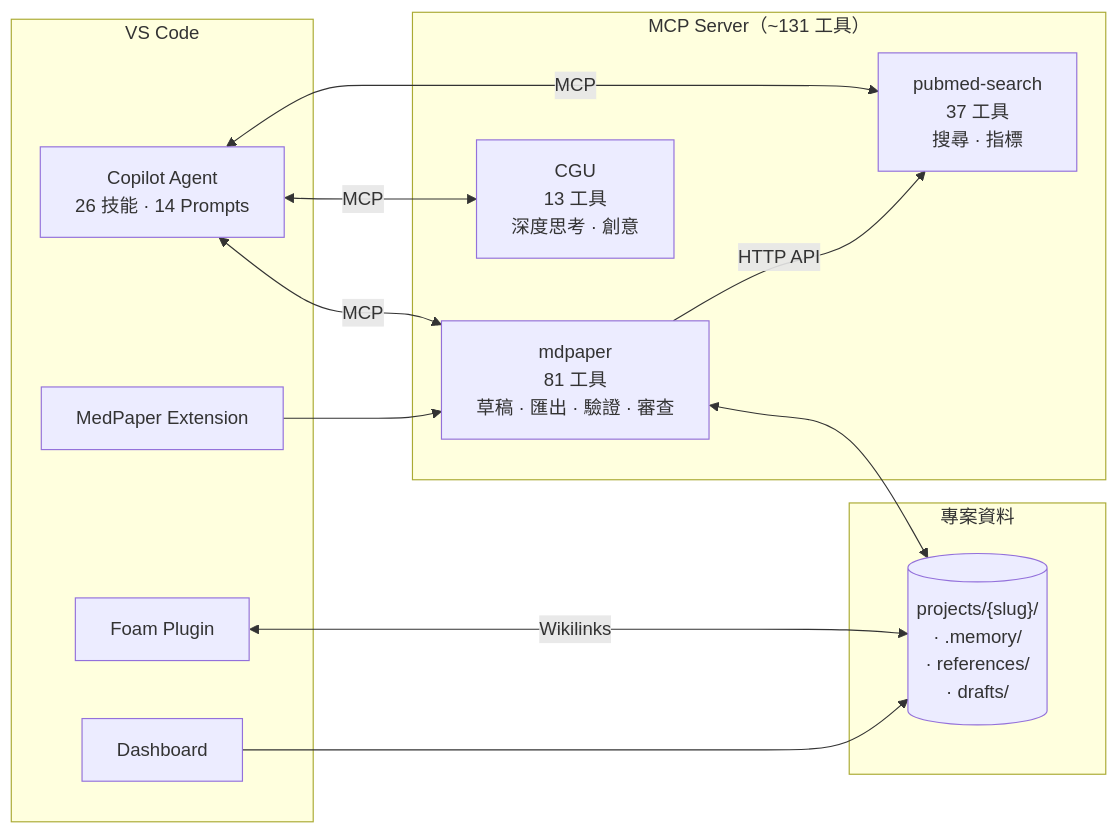
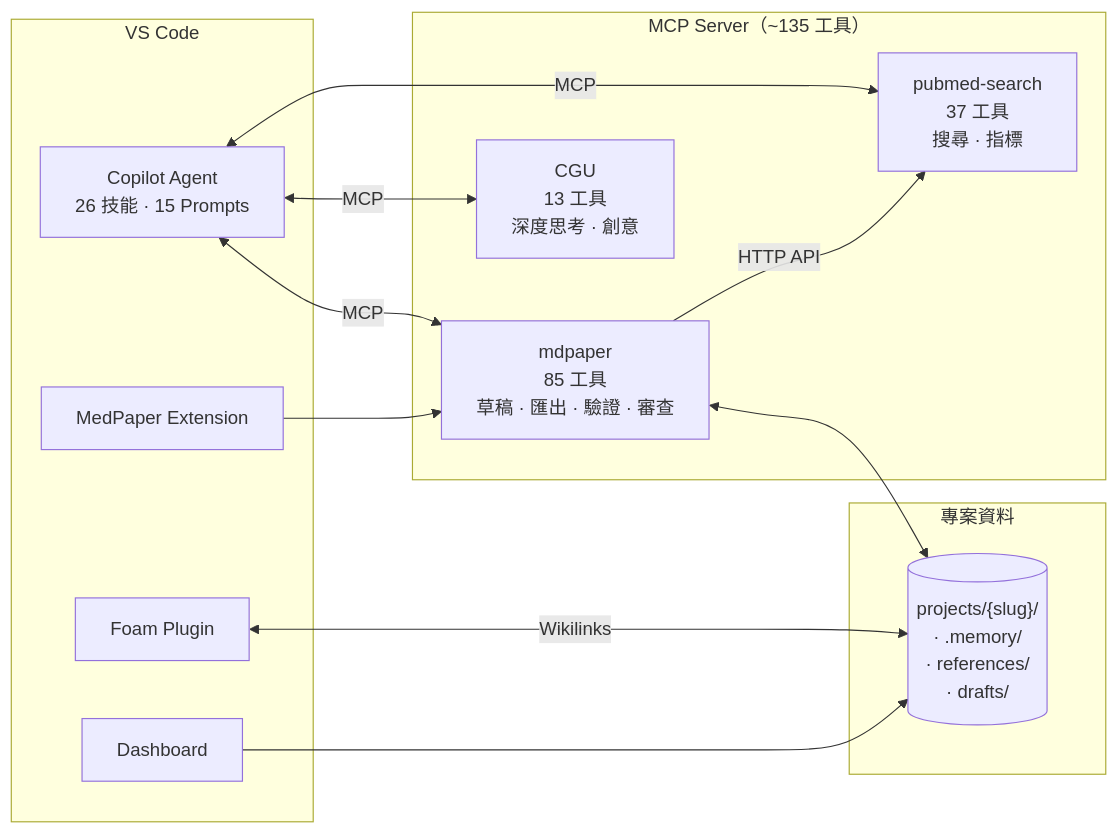
The diagram in README.zh-TW.md (u9401066/med-paper-assistant), drawn with Mermaid before and after one commit. The commit also changed other lines of this file and 6 other files, not shown here.

````diff
--- a/README.zh-TW.md
+++ b/README.zh-TW.md
@@ -43,28 +43,28 @@
 ```mermaid
 flowchart LR
     subgraph IDE["VS Code"]
-        Agent["Copilot Agent<br/>26 技能 · 14 Prompts"]
+        Agent["Copilot Agent<br/>26 技能 · 15 Prompts"]
         Foam[Foam Plugin]
         Ext[MedPaper Extension]
         Dash[Dashboard]
     end
 
-    subgraph MCP["MCP Server（~131 工具）"]
-        mdpaper["mdpaper<br/>81 工具<br/>草稿 · 匯出 · 驗證 · 審查"]
+    subgraph MCP["MCP Server（~135 工具）"]
+        mdpaper["mdpaper<br/>85 工具<br/>草稿 · 匯出 · 驗證 · 審查"]
         pubmed["pubmed-search<br/>37 工具<br/>搜尋 · 指標"]
         cgu["CGU<br/>13 工具<br/>深度思考 · 創意"]
     end
 
     subgraph Data["專案資料"]
         proj[("projects/{slug}/<br/>· .memory/<br/>· references/<br/>· drafts/")]
     end
 
     Agent <-->|MCP| mdpaper
     Agent <-->|MCP| pubmed
     Agent <-->|MCP| cgu
     mdpaper -->|HTTP API| pubmed
     Foam <-->|Wikilinks| proj
     mdpaper <--> proj
     Ext --> mdpaper
     Dash --> proj
 ```
````
